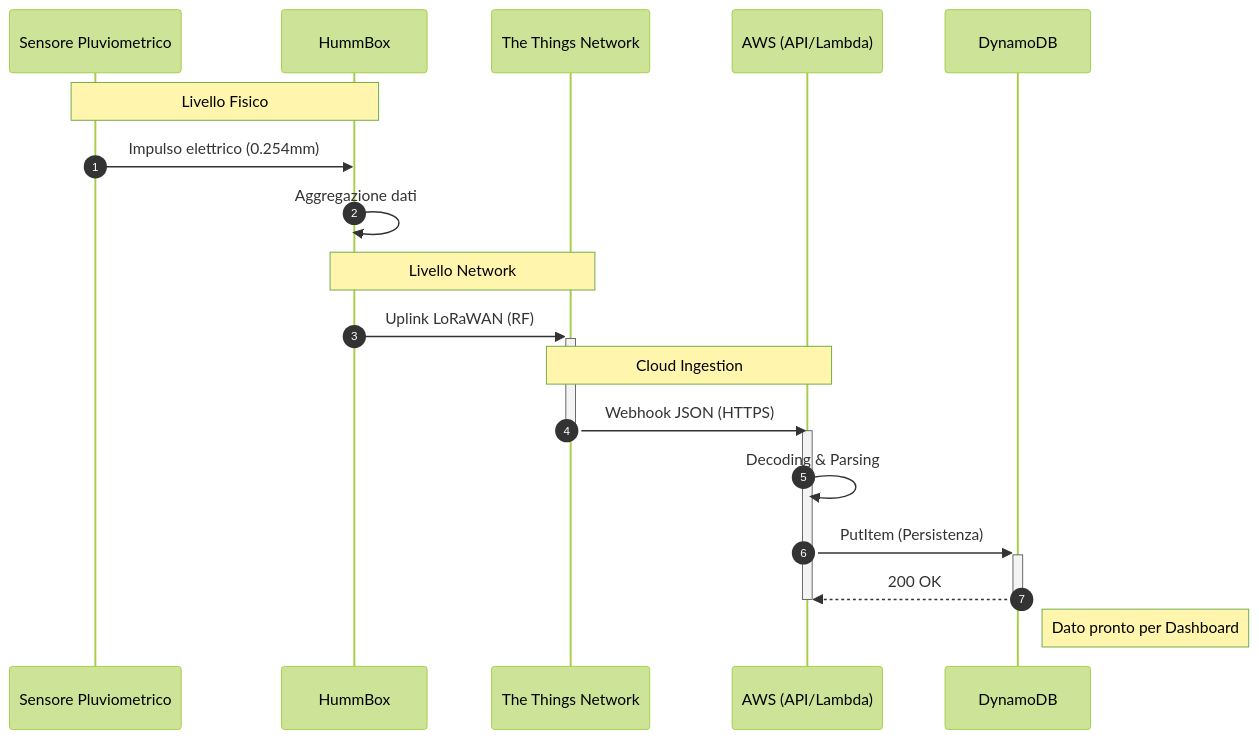
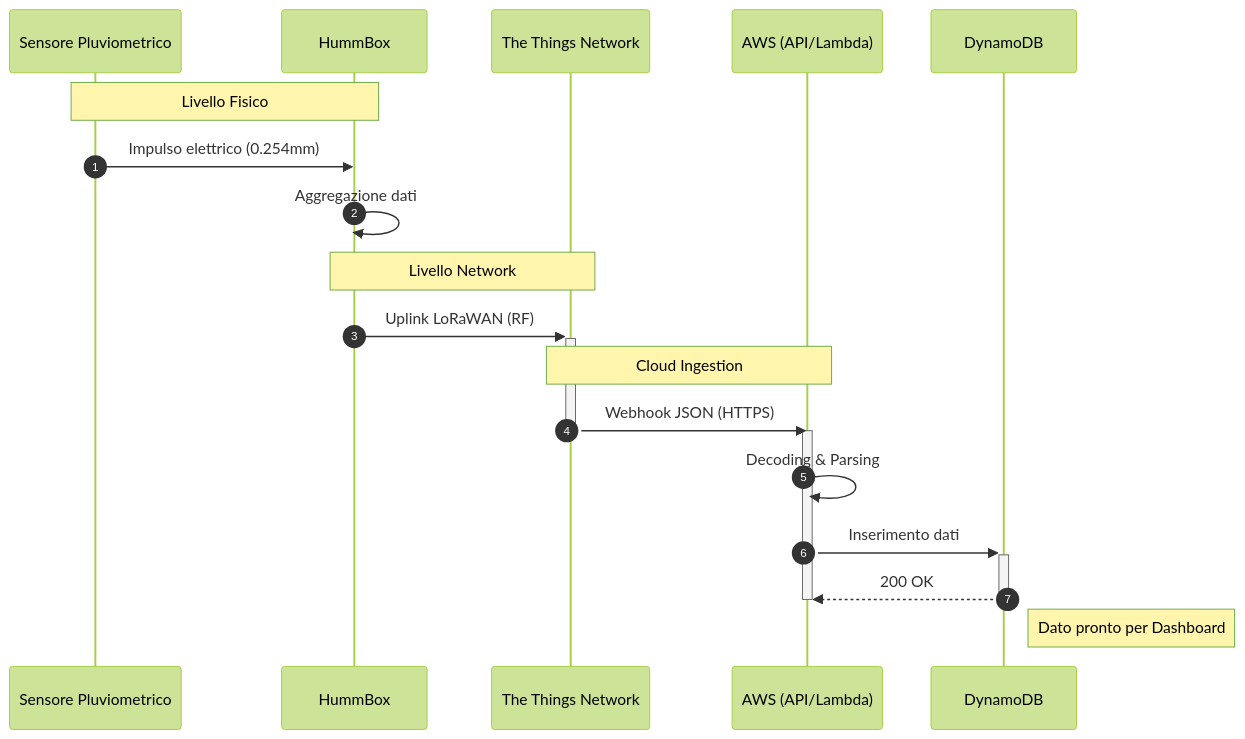
The diagram in README.md (capeccidiego04/pluviometro-lora), drawn with Mermaid (forest theme) before and after one commit.

Commit message:
Update README for data insertion terminology

````diff
--- a/README.md
+++ b/README.md
@@ -27,27 +27,27 @@
 ```mermaid
 sequenceDiagram
   autonumber
   participant S as Sensore Pluviometrico
   participant H as HummBox
   participant T as The Things Network
   participant AWS as AWS (API/Lambda)
   participant DB as DynamoDB
 
   Note over S, H: Livello Fisico
     S->>H: Impulso elettrico (0.254mm)
     H->>H: Aggregazione dati
 
   Note over H, T: Livello Network
     H->>+T: Uplink LoRaWAN (RF)
     
   Note over T, AWS: Cloud Ingestion
   T->>-AWS: Webhook JSON (HTTPS)
 
   activate AWS
   AWS->>AWS: Decoding & Parsing
-  AWS->>+DB: PutItem (Persistenza)
+  AWS->>+DB: Inserimento dati
   DB-->>-AWS: 200 OK
   deactivate AWS
 
   Note right of DB: Dato pronto per Dashboard
 ```
````
